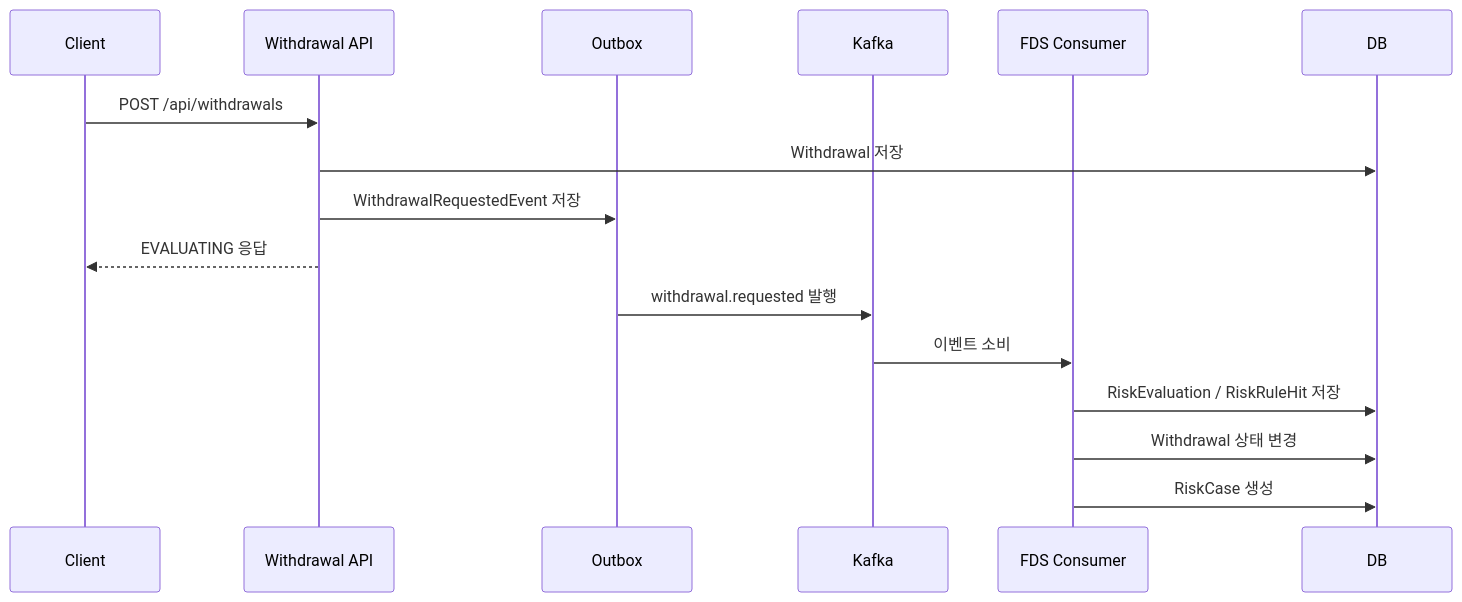
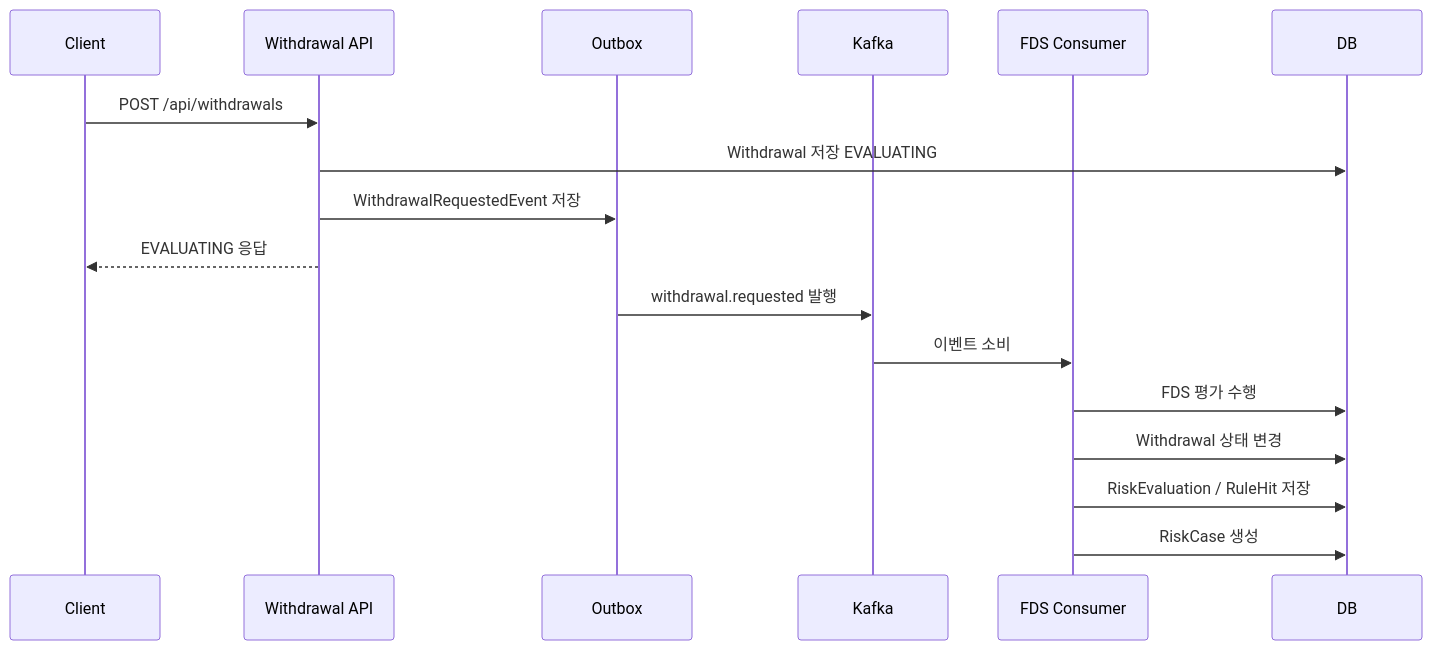
One commit to shihaim/digital-asset-risk-platform changed the third of 3 diagrams in README.md. Above: the diagram before and after it, drawn with Mermaid. The commit also changed other lines of this file and 24 other files, not shown here.

````diff
--- a/README.md
+++ b/README.md
@@ -56,20 +131,21 @@
 ```mermaid
 sequenceDiagram
     participant Client
     participant API as Withdrawal API
     participant Outbox
     participant Kafka
-    participant FDS as FDS Consumer
+    participant Consumer as FDS Consumer
     participant DB
 
     Client->>API: POST /api/withdrawals
-    API->>DB: Withdrawal 저장
+    API->>DB: Withdrawal 저장 EVALUATING
     API->>Outbox: WithdrawalRequestedEvent 저장
     API-->>Client: EVALUATING 응답
 
     Outbox->>Kafka: withdrawal.requested 발행
-    Kafka->>FDS: 이벤트 소비
-    FDS->>DB: RiskEvaluation / RiskRuleHit 저장
-    FDS->>DB: Withdrawal 상태 변경
-    FDS->>DB: RiskCase 생성
+    Kafka->>Consumer: 이벤트 소비
+    Consumer->>DB: FDS 평가 수행
+    Consumer->>DB: Withdrawal 상태 변경
+    Consumer->>DB: RiskEvaluation / RuleHit 저장
+    Consumer->>DB: RiskCase 생성
 ```
````
